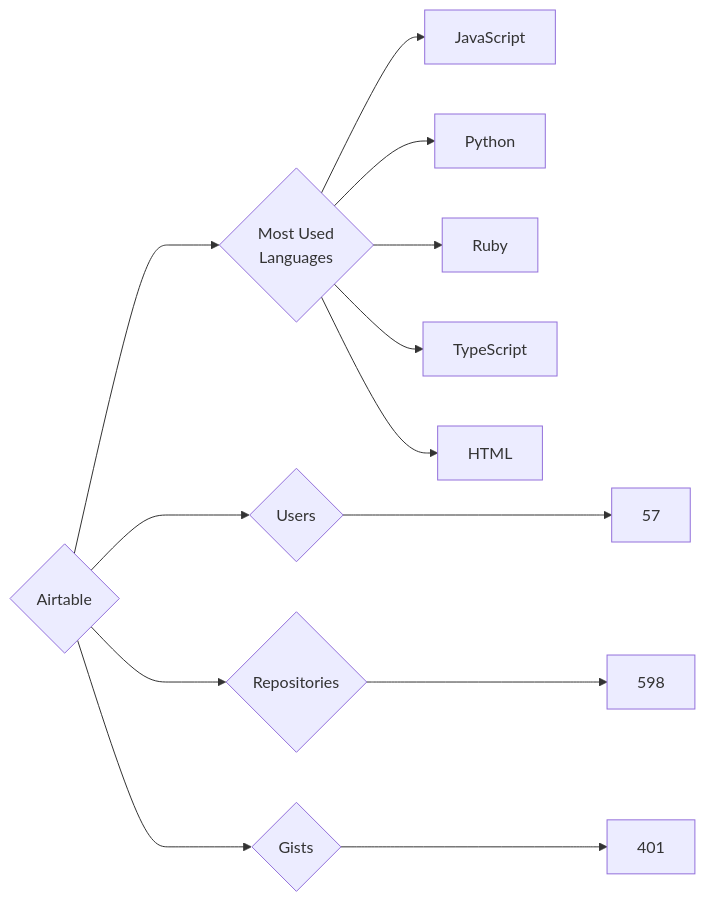
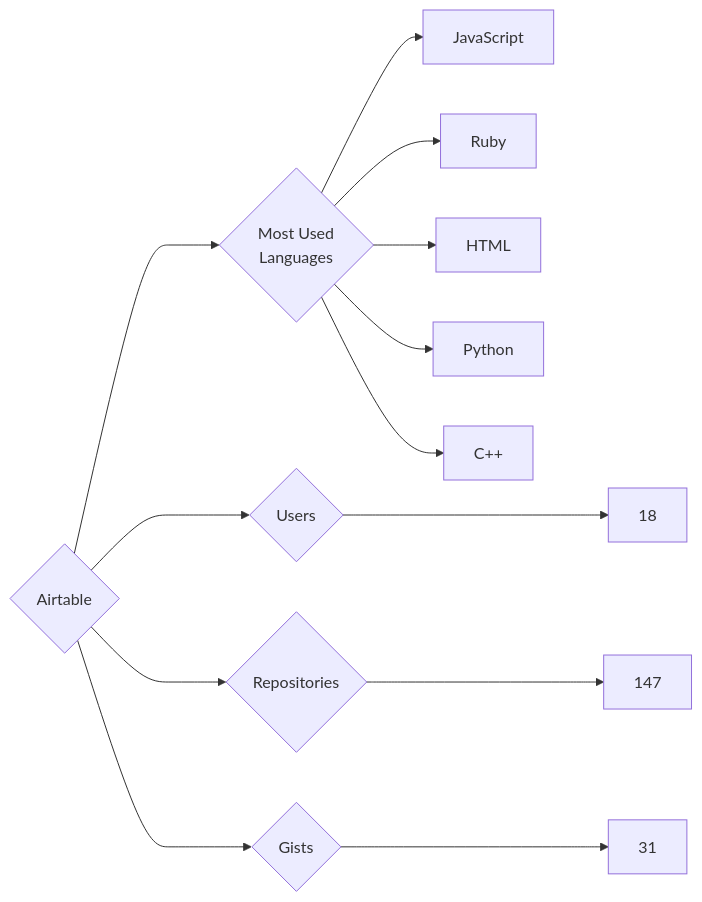
The diagram in targets/Airtable/README.md (trickest/insiders), drawn with Mermaid before and after one commit. The commit also changed 872 other files, not shown here.

````diff
--- a/targets/Airtable/README.md
+++ b/targets/Airtable/README.md
@@ -3,13 +3,13 @@
 ```mermaid
 graph LR
 COMPANY_NAME{Airtable}
-COMPANY_NAME ---> U{Users} ---> UN[57]
-COMPANY_NAME ---> R{Repositories} ---> RN[598]
-COMPANY_NAME ---> G{Gists} ---> GN[401]
+COMPANY_NAME ---> U{Users} ---> UN[18]
+COMPANY_NAME ---> R{Repositories} ---> RN[147]
+COMPANY_NAME ---> G{Gists} ---> GN[31]
 COMPANY_NAME ---> ML{Most Used<br>Languages}
 ML --> JavaScript[JavaScript]
+ML --> Ruby[Ruby]
+ML --> HTML[HTML]
 ML --> Python[Python]
-ML --> Ruby[Ruby]
-ML --> TypeScript[TypeScript]
-ML --> HTML[HTML]
+ML --> C++[C++]
 ```
````
